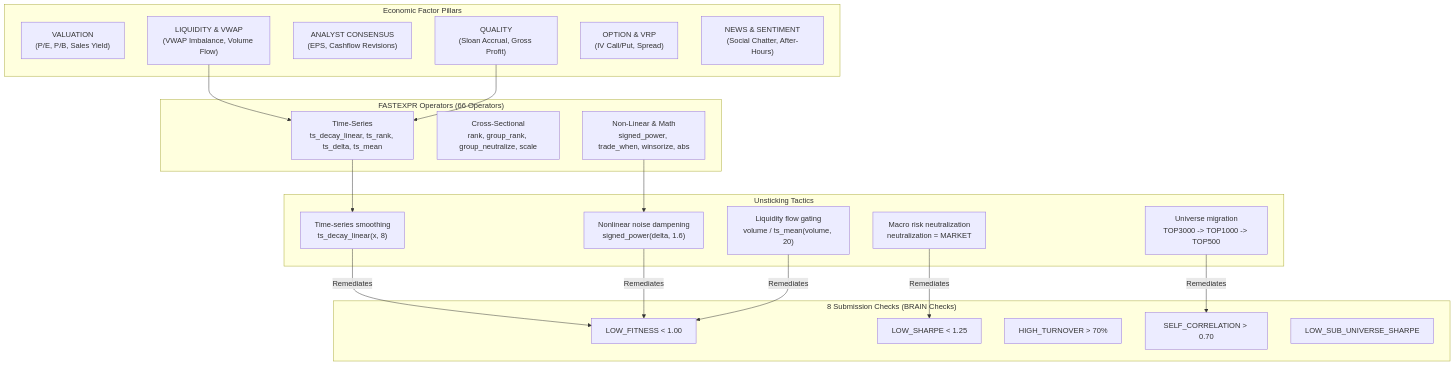
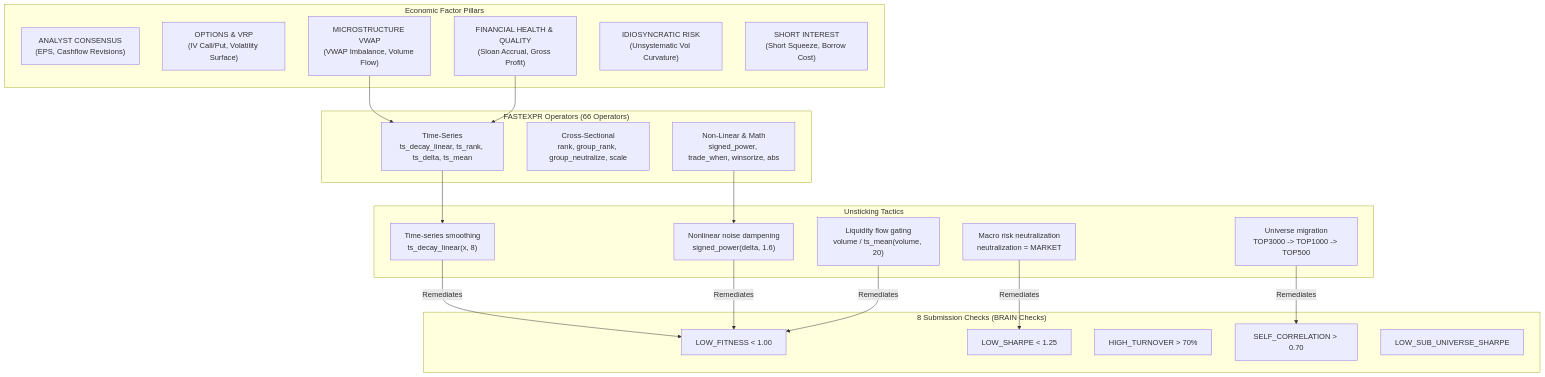
The diagram in docs/BRAIN_KNOWLEDGE_GRAPH.md (vtp772002/alphafind), drawn with Mermaid before and after one commit. The commit also changed other lines of this file and 19 other files, not shown here.

````diff
--- a/docs/BRAIN_KNOWLEDGE_GRAPH.md
+++ b/docs/BRAIN_KNOWLEDGE_GRAPH.md
@@ -14,43 +14,43 @@
 ```mermaid
 flowchart TD
     subgraph P["Economic Factor Pillars"]
-        VAL["VALUATION<br/>(P/E, P/B, Sales Yield)"]
-        QUAL["QUALITY<br/>(Sloan Accrual, Gross Profit)"]
         ANL["ANALYST CONSENSUS<br/>(EPS, Cashflow Revisions)"]
-        LIQ["LIQUIDITY & VWAP<br/>(VWAP Imbalance, Volume Flow)"]
-        VRP["OPTION & VRP<br/>(IV Call/Put, Spread)"]
-        NWS["NEWS & SENTIMENT<br/>(Social Chatter, After-Hours)"]
+        VRP["OPTIONS & VRP<br/>(IV Call/Put, Volatility Surface)"]
+        MICRO["MICROSTRUCTURE VWAP<br/>(VWAP Imbalance, Volume Flow)"]
+        FHQ["FINANCIAL HEALTH & QUALITY<br/>(Sloan Accrual, Gross Profit)"]
+        RISK["IDIOSYNCRATIC RISK<br/>(Unsystematic Vol Curvature)"]
+        SHORT["SHORT INTEREST<br/>(Short Squeeze, Borrow Cost)"]
     end
 
     subgraph OP["FASTEXPR Operators (66 Operators)"]
         TS["Time-Series<br/>ts_decay_linear, ts_rank, ts_delta, ts_mean"]
         CS["Cross-Sectional<br/>rank, group_rank, group_neutralize, scale"]
         NL["Non-Linear & Math<br/>signed_power, trade_when, winsorize, abs"]
     end
 
     subgraph CHK["8 Submission Checks (BRAIN Checks)"]
         C1["LOW_FITNESS &lt; 1.00"]
         C2["LOW_SHARPE &lt; 1.25"]
         C3["HIGH_TURNOVER &gt; 70%"]
         C4["SELF_CORRELATION &gt; 0.70"]
         C5["LOW_SUB_UNIVERSE_SHARPE"]
     end
 
     subgraph REM["Unsticking Tactics"]
         T1["Time-series smoothing<br/>ts_decay_linear(x, 8)"]
         T2["Nonlinear noise dampening<br/>signed_power(delta, 1.6)"]
         T3["Liquidity flow gating<br/>volume / ts_mean(volume, 20)"]
         T4["Macro risk neutralization<br/>neutralization = MARKET"]
         T5["Universe migration<br/>TOP3000 -> TOP1000 -> TOP500"]
     end
 
-    LIQ --> TS
-    QUAL --> TS
+    MICRO --> TS
+    FHQ --> TS
     TS --> T1
     NL --> T2
     T1 -->|Remediates| C1
     T2 -->|Remediates| C1
     T3 -->|Remediates| C1
     T4 -->|Remediates| C2
     T5 -->|Remediates| C4
 ```
````
